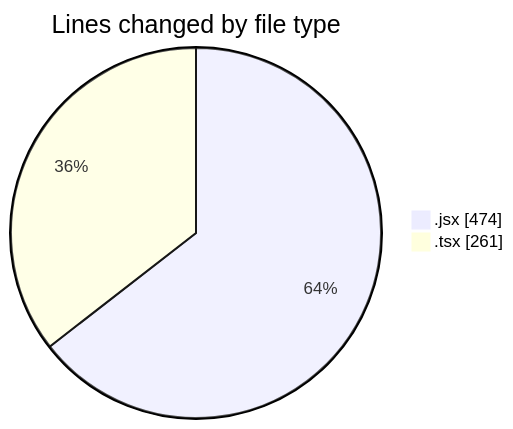
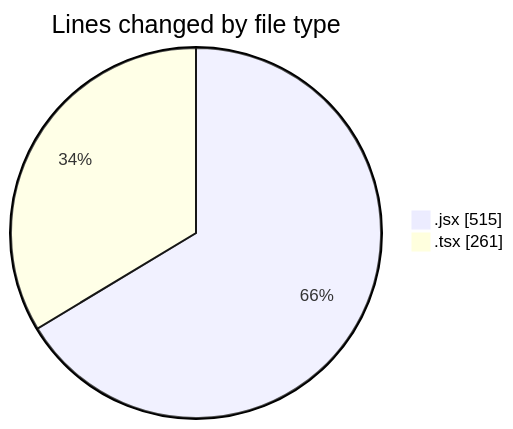
The first of 2 diagrams in 2026-02-11/cda/README.md (momahboobian/code-tracking), drawn with Mermaid before and after one commit. The commit also changed other lines of this file and 1 other file, not shown here.

````diff
--- a/2026-02-11/cda/README.md
+++ b/2026-02-11/cda/README.md
@@ -23,6 +23,6 @@
 ```mermaid
 pie showData
 title Lines changed by file type
-".jsx" : 474
+".jsx" : 515
 ".tsx" : 261
 ```
````
